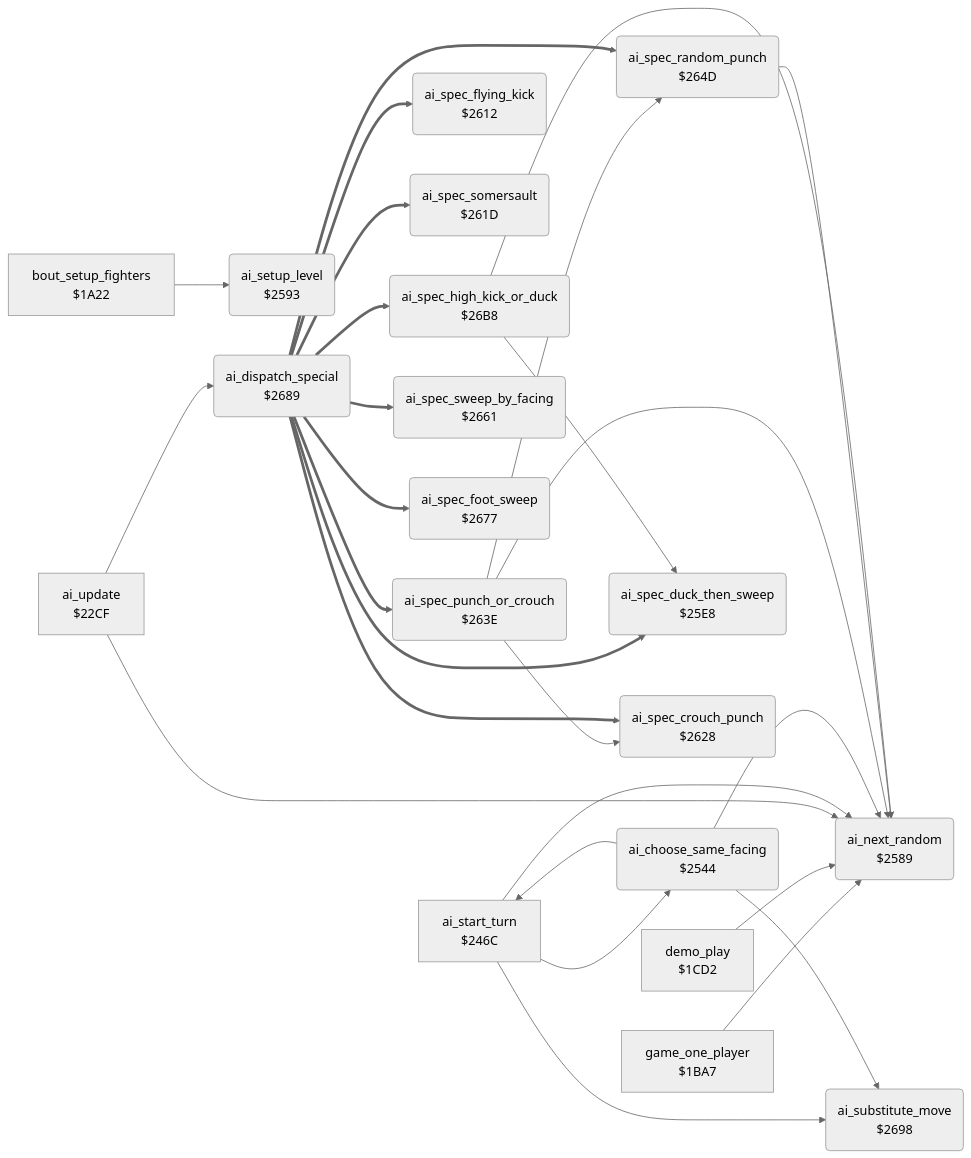
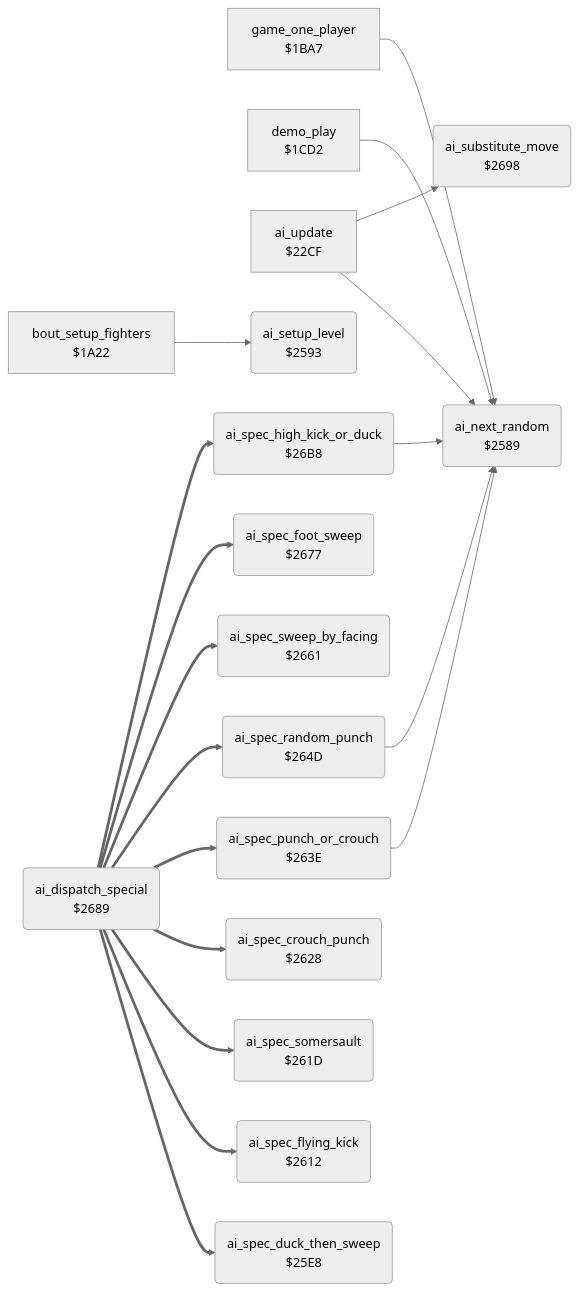
The diagram in exploding_fist/v2/docs/reference/modules/ai/ai_opponent_2521.md (henols/c64_games), drawn with Mermaid (neutral theme) before and after one commit. The commit also changed other lines of this file and 319 other files, not shown here.

````diff
--- a/exploding_fist/v2/docs/reference/modules/ai/ai_opponent_2521.md
+++ b/exploding_fist/v2/docs/reference/modules/ai/ai_opponent_2521.md
@@ -10,48 +33,37 @@
 ```mermaid
 flowchart LR
   n1a22["bout_setup_fighters<br/>$1A22"]
   n1ba7["game_one_player<br/>$1BA7"]
   n1cd2["demo_play<br/>$1CD2"]
   n22cf["ai_update<br/>$22CF"]
-  n246c["ai_start_turn<br/>$246C"]
-  n2544("ai_choose_same_facing<br/>$2544")
   n2589("ai_next_random<br/>$2589")
   n2593("ai_setup_level<br/>$2593")
   n25e8("ai_spec_duck_then_sweep<br/>$25E8")
   n2612("ai_spec_flying_kick<br/>$2612")
   n261d("ai_spec_somersault<br/>$261D")
   n2628("ai_spec_crouch_punch<br/>$2628")
   n263e("ai_spec_punch_or_crouch<br/>$263E")
   n264d("ai_spec_random_punch<br/>$264D")
   n2661("ai_spec_sweep_by_facing<br/>$2661")
   n2677("ai_spec_foot_sweep<br/>$2677")
   n2689("ai_dispatch_special<br/>$2689")
   n2698("ai_substitute_move<br/>$2698")
   n26b8("ai_spec_high_kick_or_duck<br/>$26B8")
   n1a22 --> n2593
   n1ba7 --> n2589
   n1cd2 --> n2589
   n22cf --> n2589
-  n22cf --> n2689
-  n246c --> n2544
-  n246c --> n2589
-  n246c --> n2698
-  n2544 --> n246c
-  n2544 --> n2589
-  n2544 --> n2698
+  n22cf --> n2698
   n263e --> n2589
-  n263e --> n2628
-  n263e --> n264d
   n264d --> n2589
   n2689 ==> n25e8
   n2689 ==> n2612
   n2689 ==> n261d
   n2689 ==> n2628
   n2689 ==> n263e
   n2689 ==> n264d
   n2689 ==> n2661
   n2689 ==> n2677
   n2689 ==> n26b8
   n26b8 --> n2589
-  n26b8 --> n25e8
 ```
````
